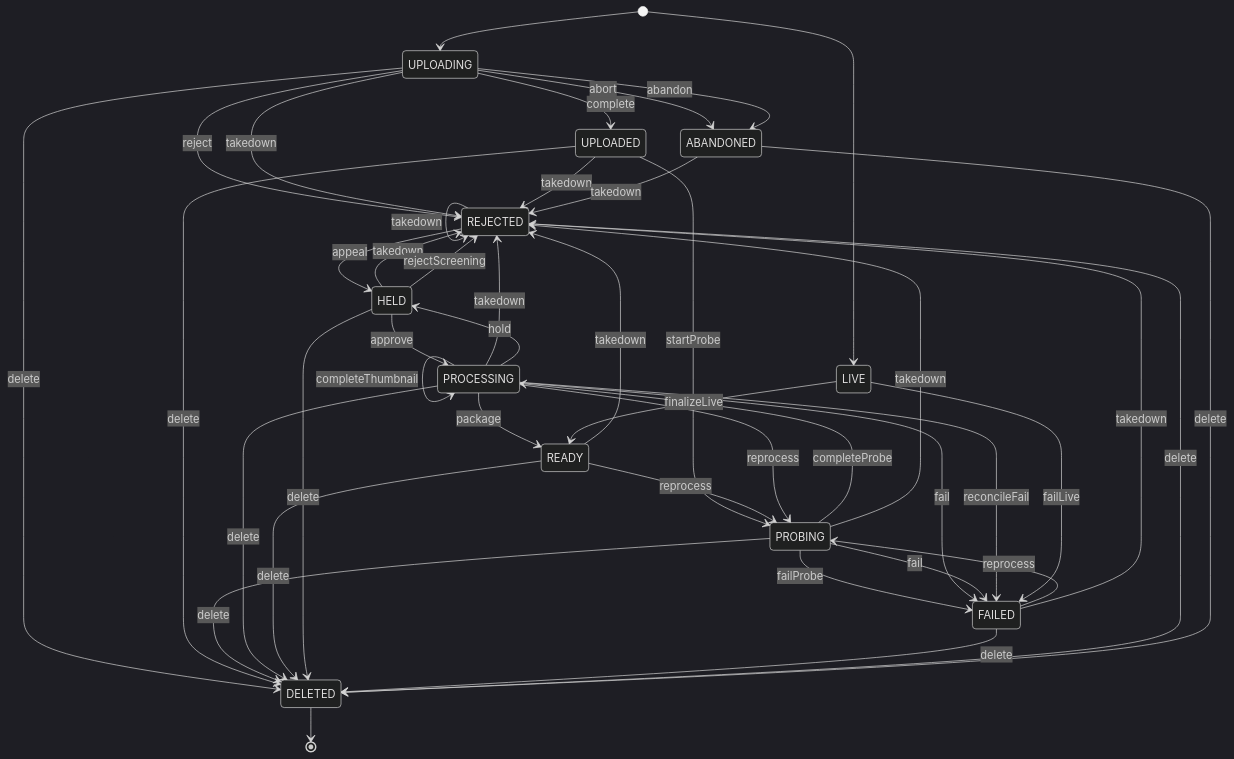
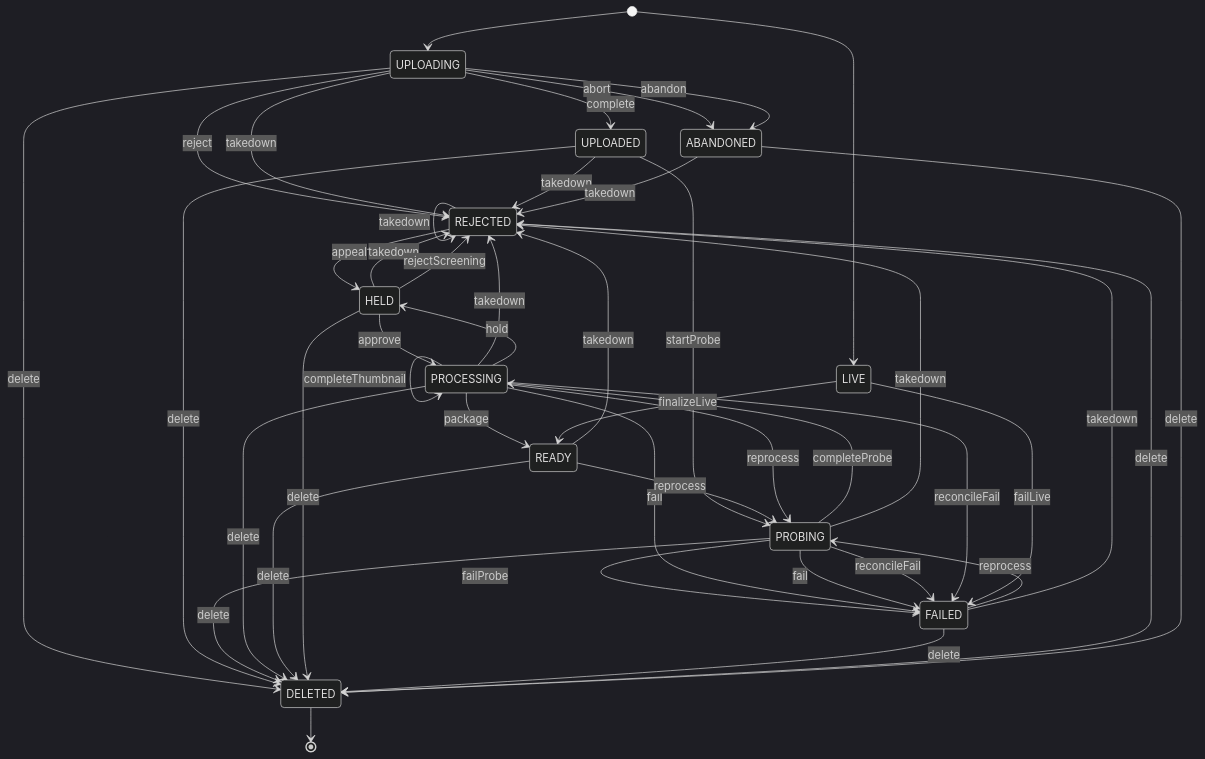
One commit to szebest/taitube-platform changed the eighth of 8 diagrams in docs/state-machines.md. Above: the diagram before and after it, drawn with Mermaid (dark theme). The commit also changed other lines of this file and 27 other files, not shown here.

````diff
--- a/docs/state-machines.md
+++ b/docs/state-machines.md
@@ -232,45 +254,46 @@
 ```mermaid
 stateDiagram-v2
   [*] --> UPLOADING
   [*] --> LIVE
   UPLOADING --> REJECTED: reject
   UPLOADING --> UPLOADED: complete
   UPLOADING --> ABANDONED: abort
   UPLOADING --> ABANDONED: abandon
   UPLOADED --> PROBING: startProbe
   PROBING --> PROCESSING: completeProbe
   PROBING --> FAILED: failProbe
   PROCESSING --> PROCESSING: completeThumbnail
   PROCESSING --> READY: package
   PROCESSING --> FAILED: fail
   PROBING --> FAILED: fail
+  PROBING --> FAILED: reconcileFail
   PROCESSING --> FAILED: reconcileFail
   READY --> PROBING: reprocess
   FAILED --> PROBING: reprocess
   PROCESSING --> PROBING: reprocess
   UPLOADING --> DELETED: delete
   UPLOADED --> DELETED: delete
   PROBING --> DELETED: delete
   PROCESSING --> DELETED: delete
   READY --> DELETED: delete
   HELD --> DELETED: delete
   FAILED --> DELETED: delete
   REJECTED --> DELETED: delete
   ABANDONED --> DELETED: delete
   UPLOADING --> REJECTED: takedown
   UPLOADED --> REJECTED: takedown
   PROBING --> REJECTED: takedown
   PROCESSING --> REJECTED: takedown
   READY --> REJECTED: takedown
   HELD --> REJECTED: takedown
   FAILED --> REJECTED: takedown
   REJECTED --> REJECTED: takedown
   ABANDONED --> REJECTED: takedown
   LIVE --> READY: finalizeLive
   LIVE --> FAILED: failLive
   PROCESSING --> HELD: hold
   HELD --> PROCESSING: approve
   HELD --> REJECTED: rejectScreening
   REJECTED --> HELD: appeal
   DELETED --> [*]
 ```
````
